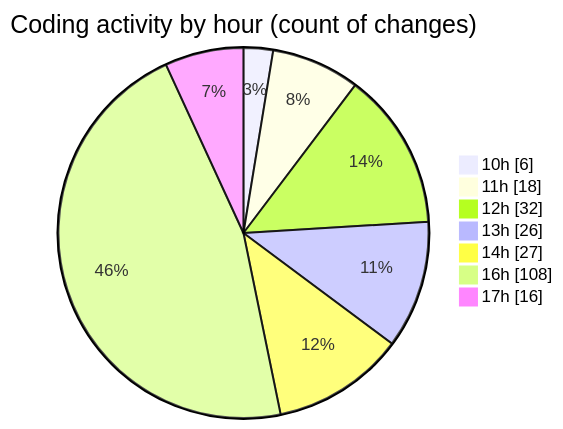
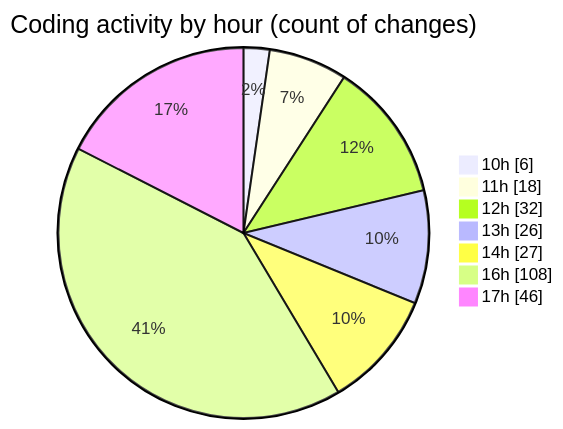
One commit to momahboobian/code-tracking changed the second of 2 diagrams in 2026-09-03/cda/README.md. Above: the diagram before and after it, drawn with Mermaid. The commit also changed other lines of this file and 1 other file, not shown here.

````diff
--- a/2026-09-03/cda/README.md
+++ b/2026-09-03/cda/README.md
@@ -98,11 +98,11 @@
 ```mermaid
 pie showData
 title Coding activity by hour (count of changes)
 "10h" : 6
 "11h" : 18
 "12h" : 32
 "13h" : 26
 "14h" : 27
 "16h" : 108
-"17h" : 16
+"17h" : 46
 ```
````
